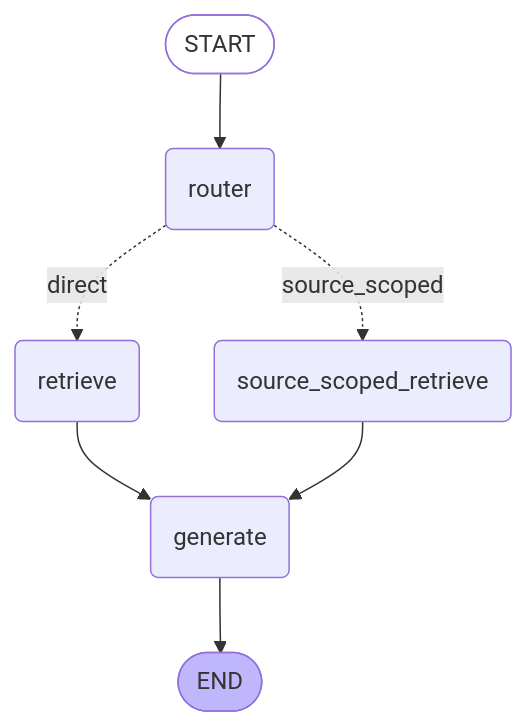
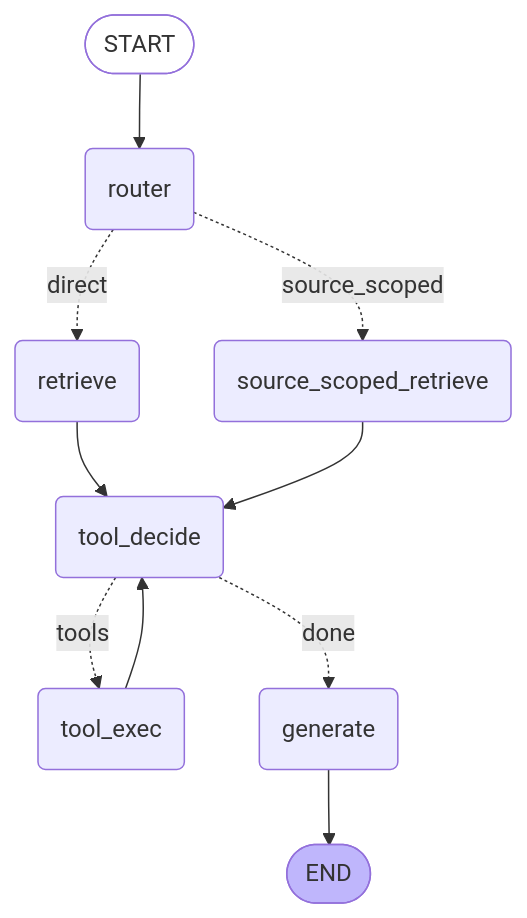
Before and after one commit to FernandoSanabria/rag-pipeline: the second of 2 diagrams in README.md, drawn with Mermaid. The commit also changed other lines of this file and 13 other files, not shown here.

First line of the commit message:
feat(agent): G1 tool-calling loop (convert + metadata tools) (#31)

````diff
--- a/README.md
+++ b/README.md
@@ -86,17 +86,22 @@
 ```mermaid
 graph TD;
     __start__([START]):::first
     router(router)
     retrieve(retrieve)
     source_scoped_retrieve(source_scoped_retrieve)
+    tool_decide(tool_decide)
+    tool_exec(tool_exec)
     generate(generate)
     __end__([END]):::last
     __start__ --> router;
     router -. direct .-> retrieve;
     router -. source_scoped .-> source_scoped_retrieve;
-    retrieve --> generate;
-    source_scoped_retrieve --> generate;
+    retrieve --> tool_decide;
+    source_scoped_retrieve --> tool_decide;
+    tool_decide -. tools .-> tool_exec;
+    tool_decide -. done .-> generate;
+    tool_exec --> tool_decide;
     generate --> __end__;
     classDef first fill-opacity:0
     classDef last fill:#bfb6fc
 ```
````
